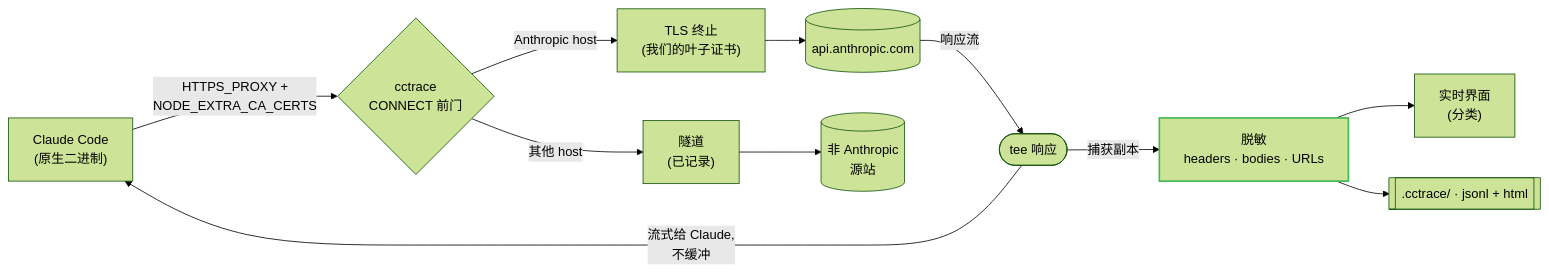
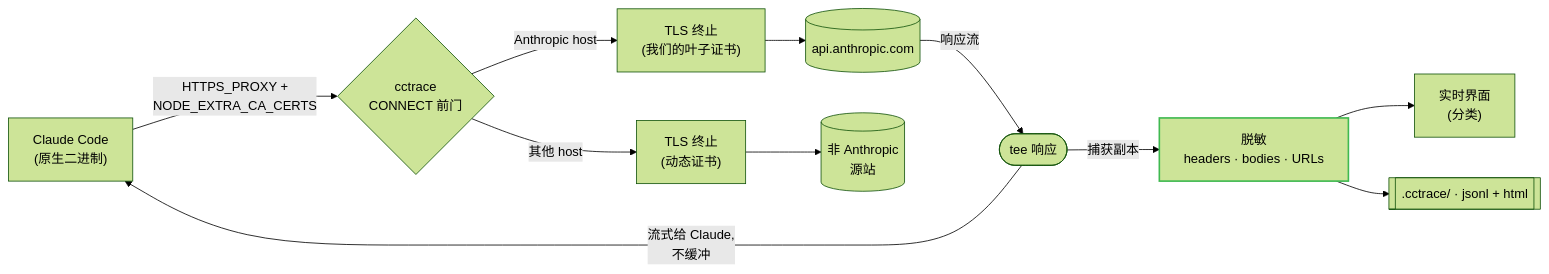
Before and after one commit to thevibeworks/cctrace: the diagram in README.zh-CN.md, drawn with Mermaid (forest theme). The commit also changed other lines of this file and 6 other files, not shown here.

````diff
--- a/README.zh-CN.md
+++ b/README.zh-CN.md
@@ -185,27 +186,27 @@
 ```mermaid
 flowchart LR
     CC["Claude Code<br/>(原生二进制)"]
     FD{"cctrace<br/>CONNECT 前门"}
     TLS["TLS 终止<br/>(我们的叶子证书)"]
-    BT["隧道<br/>(已记录)"]
+    BT["TLS 终止<br/>(动态证书)"]
     API[("api.anthropic.com")]
     ORI[("非 Anthropic<br/>源站")]
     TEE(["tee 响应"])
     RD["脱敏<br/>headers · bodies · URLs"]
     UI["实时界面<br/>(分类)"]
     OUT[[".cctrace/ · jsonl + html"]]
 
     CC -- "HTTPS_PROXY +<br/>NODE_EXTRA_CA_CERTS" --> FD
     FD -- "Anthropic host" --> TLS
     FD -- "其他 host" --> BT
     TLS --> API
     BT --> ORI
     API -- "响应流" --> TEE
     TEE -- "流式给 Claude,<br/>不缓冲" --> CC
     TEE -- "捕获副本" --> RD
     RD --> UI
     RD --> OUT
 
     classDef accent stroke:#3fb950,stroke-width:2px;
     class RD accent
 ```
````
